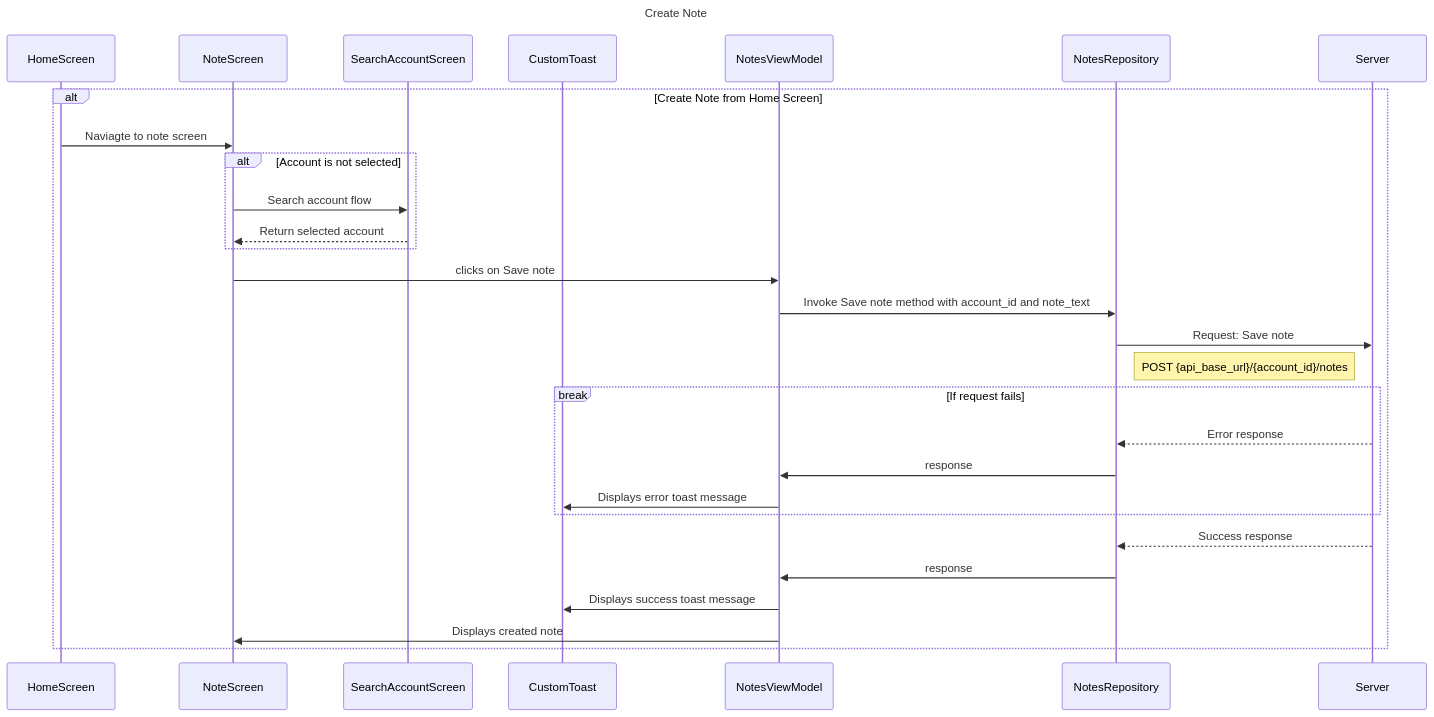
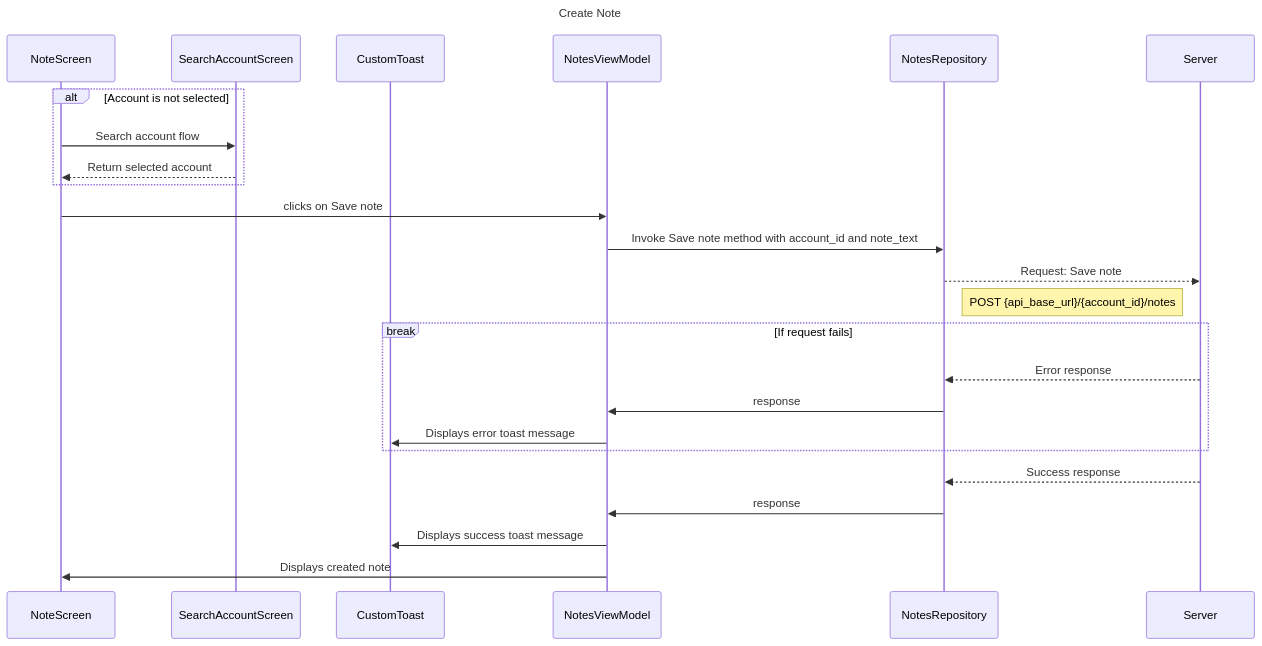
The diagram in flowDiagrams/Android/createNote.mermaid (TrueSparrowSystems/AI-SalesSparrow-Docs), drawn with Mermaid before and after one commit. The commit also changed other lines of this file, not shown here.

Commit message:
Updated the  Create Note flow

```diff
--- a/flowDiagrams/Android/createNote.mermaid
+++ b/flowDiagrams/Android/createNote.mermaid
@@ -1,36 +1,30 @@
 sequenceDiagram
     title Create Note
 
-    participant HS as HomeScreen
     participant NS as NoteScreen
     participant SAS as SearchAccountScreen
     participant CT as CustomToast
     participant NVM as NotesViewModel
     participant NR as NotesRepository
     participant S as Server
-
-    alt Create Note from Home Screen
-        HS->>NS: Naviagte to note screen
 
        alt  Account is not selected
             NS->>SAS: Search account flow
             SAS-->>NS: Return selected account
         end
 
         NS->>NVM : clicks on Save note
         NVM->>NR: Invoke Save note method with account_id and note_text
-        NR->>S : Request: Save note
+        NR-->>S : Request: Save note
         note right of NR: POST {api_base_url}/{account_id}/notes
 
     break If request fails
         S-->>NR: Error response
         NR->>NVM: response
         NVM->>CT: Displays error toast message
     end
     
     S-->>NR: Success response
     NR->>NVM: response
     NVM->>CT: Displays success toast message
     NVM->>NS: Displays created note
-
-    end
```
